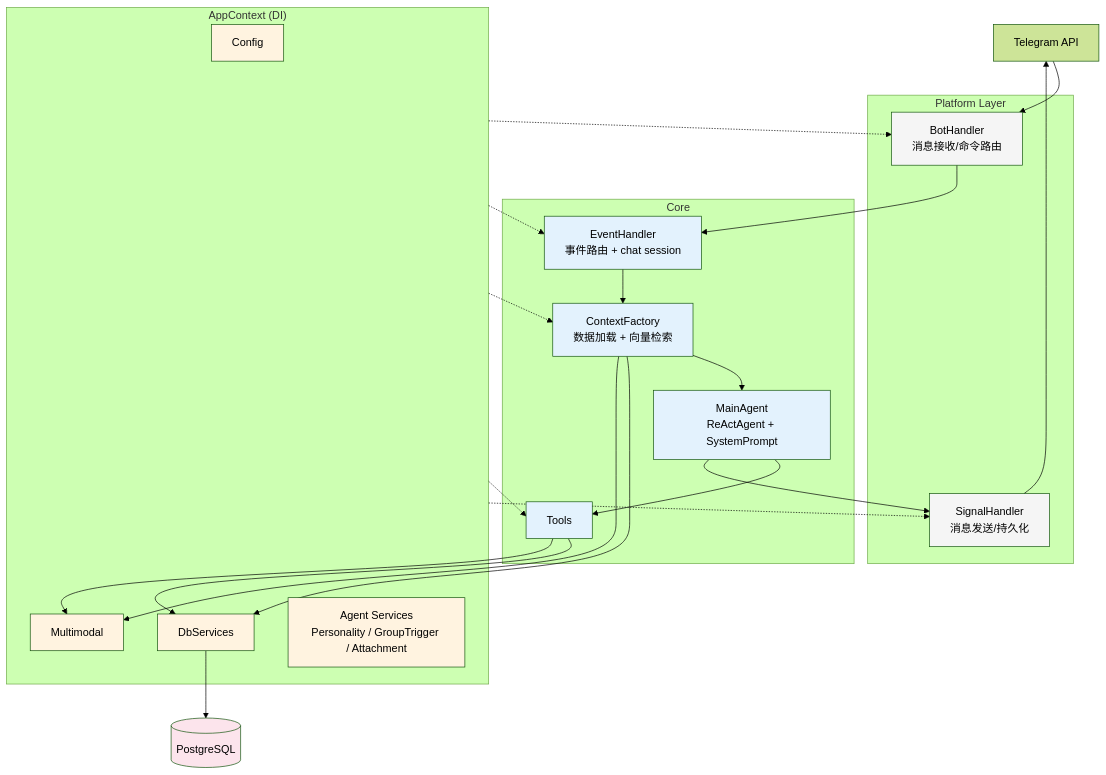
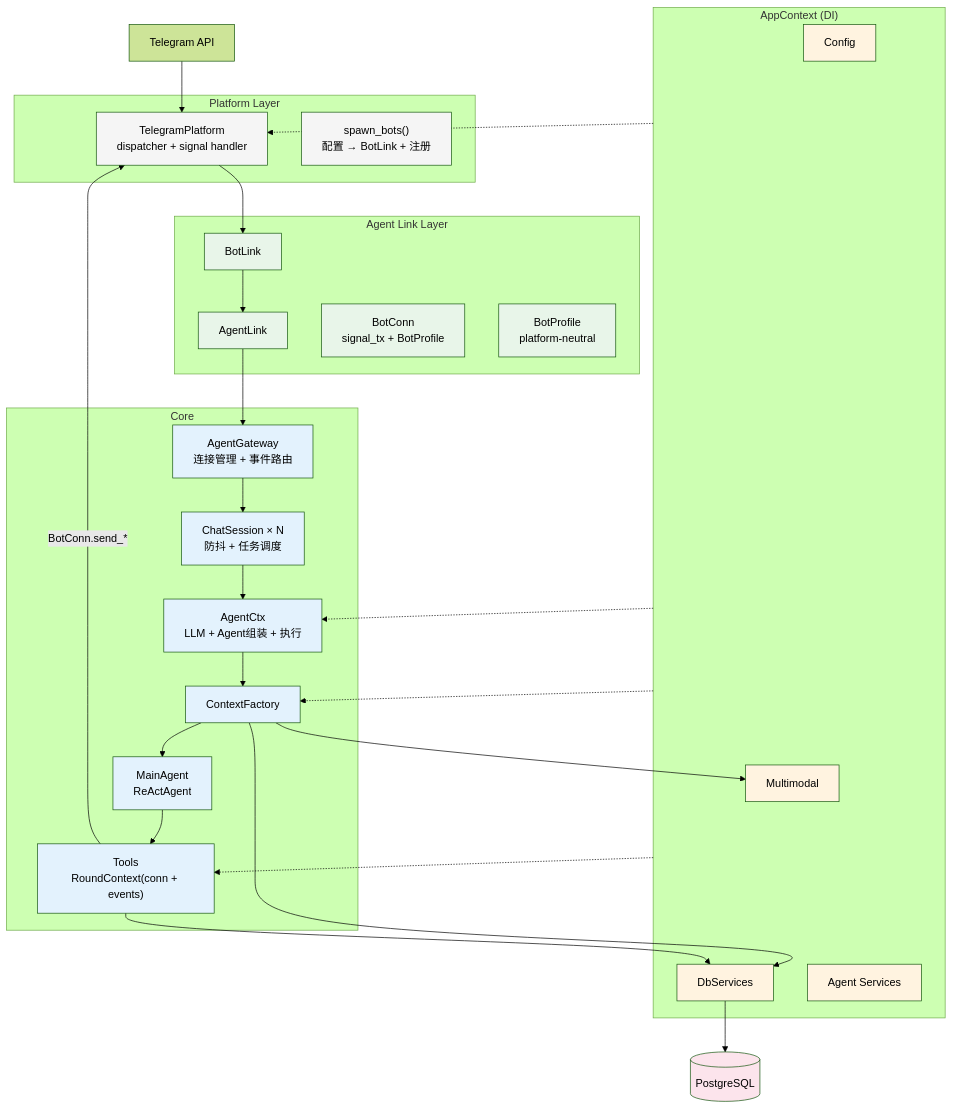
One commit to hmeqo/hai changed the diagram in docs/architecture.md. Above: the diagram before and after it, drawn with Mermaid (forest theme). The commit also changed other lines of this file and 55 other files, not shown here.

````diff
--- a/docs/architecture.md
+++ b/docs/architecture.md
@@ -3,58 +3,63 @@
 ```mermaid
 graph TB
   TG["Telegram API"]
 
   subgraph Platform["Platform Layer"]
-    BH["BotHandler<br/>消息接收/命令路由"]
-    SH["SignalHandler<br/>消息发送/持久化"]
+    TP["TelegramPlatform<br/>dispatcher + signal handler"]
+    BM["spawn_bots()<br/>配置 → BotLink + 注册"]
   end
 
   subgraph Core["Core"]
-    EH["EventHandler<br/>事件路由 + chat session"]
-    CF["ContextFactory<br/>数据加载 + 向量检索"]
-    AGENT["MainAgent<br/>ReActAgent + SystemPrompt"]
-    TOOLS["Tools"]
+    AH["AgentGateway<br/>连接管理 + 事件路由"]
+    ACS["ChatSession × N<br/>防抖 + 任务调度"]
+    AC["AgentCtx<br/>LLM + Agent组装 + 执行"]
+    CF["ContextFactory"]
+    AGENT["MainAgent<br/>ReActAgent"]
+    TOOLS["Tools<br/>RoundContext(conn + events)"]
+  end
+
+  subgraph Identity["Agent Link Layer"]
+    BL["BotLink"]
+    AL["AgentLink"]
+    BC["BotConn<br/>signal_tx + BotProfile"]
+    BP["BotProfile<br/>platform-neutral"]
   end
 
   subgraph App["AppContext (DI)"]
     CFG["Config"]
     MULTI["Multimodal"]
-    DB["DbServices"]
-    AGT_SVC["Agent Services<br/>Personality / GroupTrigger / Attachment"]
+    DB_SVC["DbServices"]
+    AGT_SVC["Agent Services"]
   end
 
   PG[("PostgreSQL")]
 
-  %% 主事件流
-  TG --> BH
-  BH --> EH
-  EH --> CF
-  CF --> AGENT
+  TG --> TP
+  TP --> BL --> AL --> AH
+  AH --> ACS
+  ACS --> AC --> CF --> AGENT
   AGENT --> TOOLS
-  AGENT --> SH
-  SH --> TG
+  TOOLS -- BotConn.send_* --> TP
 
-  %% AppContext 对外接线
-  App -.-> BH
-  App -.-> SH
-  App -.-> EH
+  App -.-> TP
+  App -.-> AC
   App -.-> CF
   App -.-> TOOLS
 
-  %% 数据依赖
-  CF --> DB
+  CF --> DB_SVC
   CF --> MULTI
-  TOOLS --> DB
-  TOOLS --> MULTI
-  DB --> PG
+  TOOLS --> DB_SVC
+  DB_SVC --> PG
 
   classDef infra fill:#f5f5f5
   classDef core fill:#e3f2fd
+  classDef link fill:#e8f5e9
   classDef app fill:#fff3e0
   classDef store fill:#fce4ec
 
-  class BH,SH infra
-  class EH,CF,AGENT,TOOLS core
-  class CFG,MULTI,DB,AGT_SVC app
+  class TP,BM infra
+  class AH,ACS,AC,CF,AGENT,TOOLS core
+  class BL,AL,BC,BP link
+  class CFG,MULTI,DB_SVC,AGT_SVC app
   class PG store
 ```
````
